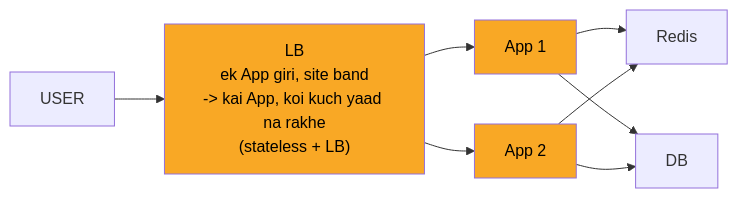
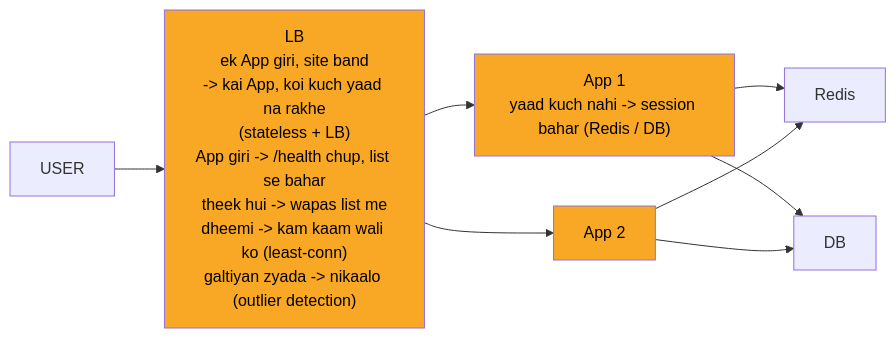
The third of 10 diagrams in 04_HLD/SYSTEM_DESIGNS/01_url_shortener/01_url_shortener.md (ArpanMaheshwari144/Prep), drawn with Mermaid before and after one commit. The commit also changed other lines of this file, not shown here.

Commit message:
url shortener: peele dabbe me SAFAR ke mod (diagram padhte hi sab mile)

````diff
--- a/04_HLD/SYSTEM_DESIGNS/01_url_shortener/01_url_shortener.md
+++ b/04_HLD/SYSTEM_DESIGNS/01_url_shortener/01_url_shortener.md
@@ -145,19 +145,19 @@
 ```mermaid
 flowchart LR
     n_USER["USER"]
-    n_LB["LB<br/>ek App giri, site band<br/>-> kai App, koi kuch yaad na rakhe<br/>(stateless + LB)"]
-    n_App_x_N_1["App 1"]
+    n_LB["LB<br/>ek App giri, site band<br/>-> kai App, koi kuch yaad na rakhe<br/>(stateless + LB)<br/>App giri -> /health chup, list se bahar<br/>theek hui -> wapas list me<br/>dheemi -> kam kaam wali ko (least-conn)<br/>galtiyan zyada -> nikaalo (outlier detection)"]
+    n_App_x_N_1["App 1<br/>yaad kuch nahi -> session bahar (Redis / DB)"]
     n_App_x_N_2["App 2"]
     n_Redis["Redis"]
     n_DB["DB"]
     n_USER --> n_LB
     n_LB --> n_App_x_N_1
     n_LB --> n_App_x_N_2
     n_App_x_N_1 --> n_Redis
     n_App_x_N_2 --> n_Redis
     n_App_x_N_1 --> n_DB
     n_App_x_N_2 --> n_DB
     style n_LB fill:#f9a825,color:#000
     style n_App_x_N_1 fill:#f9a825,color:#000
     style n_App_x_N_2 fill:#f9a825,color:#000
 ```
````
